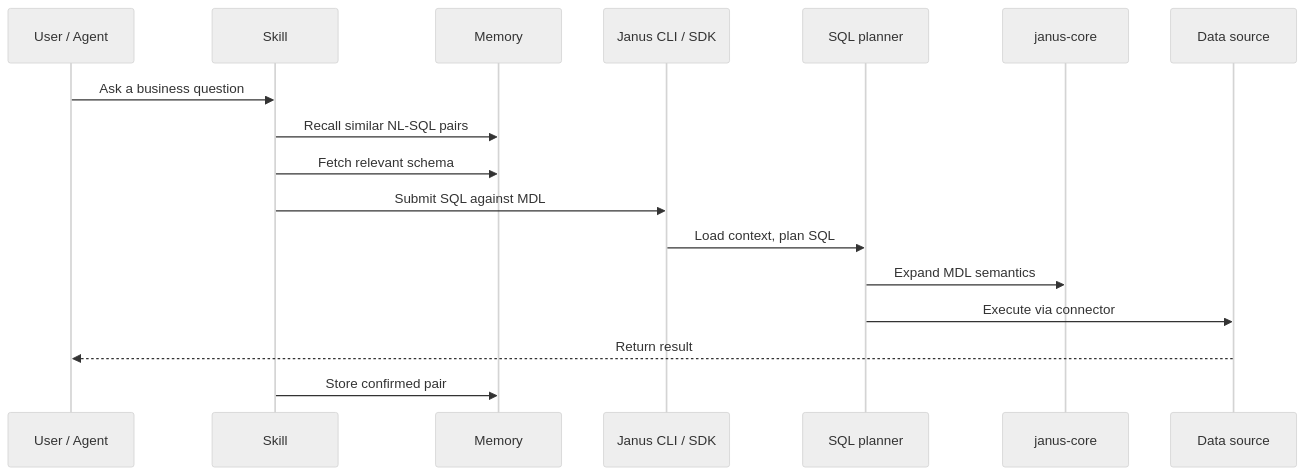
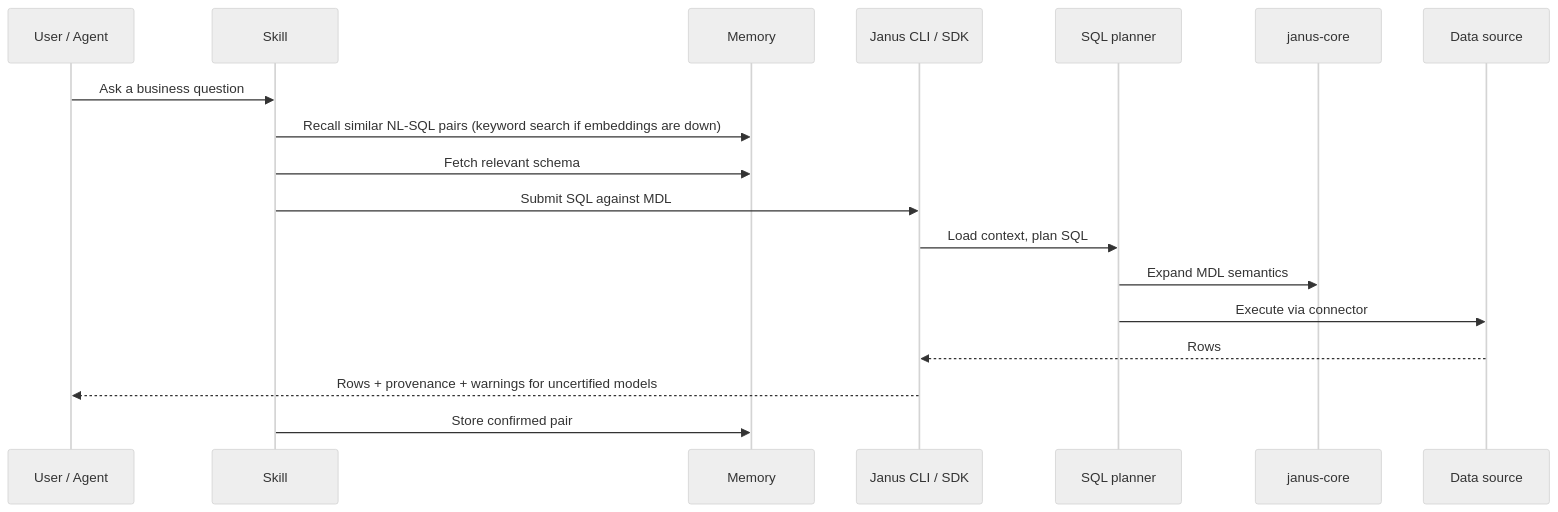
Before and after one commit to zsjtiger/WrenAI: the second of 2 diagrams in docs/core/reference/architecture.md, drawn with Mermaid (neutral theme). The commit also changed other lines of this file and 9 other files, not shown here.

First line of the commit message:
docs: update the context-layer architecture, diagrams, and connector count

````diff
--- a/docs/core/reference/architecture.md
+++ b/docs/core/reference/architecture.md
@@ -55,20 +64,21 @@
 ```mermaid
 sequenceDiagram
   participant U as User / Agent
   participant S as Skill
   participant M as Memory
   participant W as Janus CLI / SDK
   participant P as SQL planner
   participant R as janus-core
   participant D as Data source
 
   U->>S: Ask a business question
-  S->>M: Recall similar NL-SQL pairs
+  S->>M: Recall similar NL-SQL pairs (keyword search if embeddings are down)
   S->>M: Fetch relevant schema
   S->>W: Submit SQL against MDL
   W->>P: Load context, plan SQL
   P->>R: Expand MDL semantics
   P->>D: Execute via connector
-  D-->>U: Return result
+  D-->>W: Rows
+  W-->>U: Rows + provenance + warnings for uncertified models
   S->>M: Store confirmed pair
 ```
````
